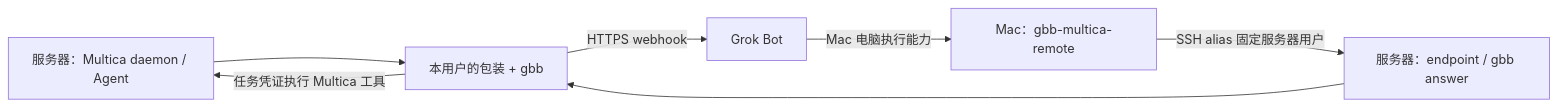
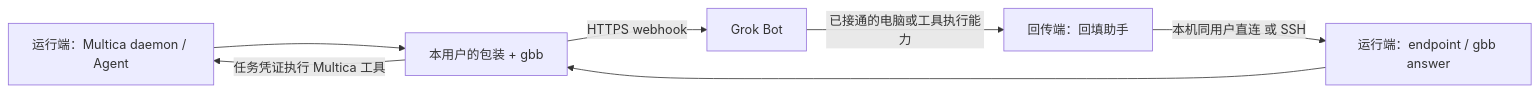
Before and after one commit to lthero-big/gbb-multica-bridge: the diagram in README.md, drawn with Mermaid. The commit also changed other lines of this file and 10 other files, not shown here.

````diff
--- a/README.md
+++ b/README.md
@@ -7,9 +7,9 @@
 ```mermaid
 flowchart LR
-  A[服务器：Multica daemon / Agent] --> B[本用户的包装 + gbb]
+  A[运行端：Multica daemon / Agent] --> B[本用户的包装 + gbb]
   B -->|HTTPS webhook| C[Grok Bot]
-  C -->|Mac 电脑执行能力| D[Mac：gbb-multica-remote]
-  D -->|SSH alias 固定服务器用户| E[服务器：endpoint / gbb answer]
+  C -->|已接通的电脑或工具执行能力| D[回传端：回填助手]
+  D -->|本机同用户直连 或 SSH| E[运行端：endpoint / gbb answer]
   E --> B
   B -->|任务凭证执行 Multica 工具| A
 ```
````
